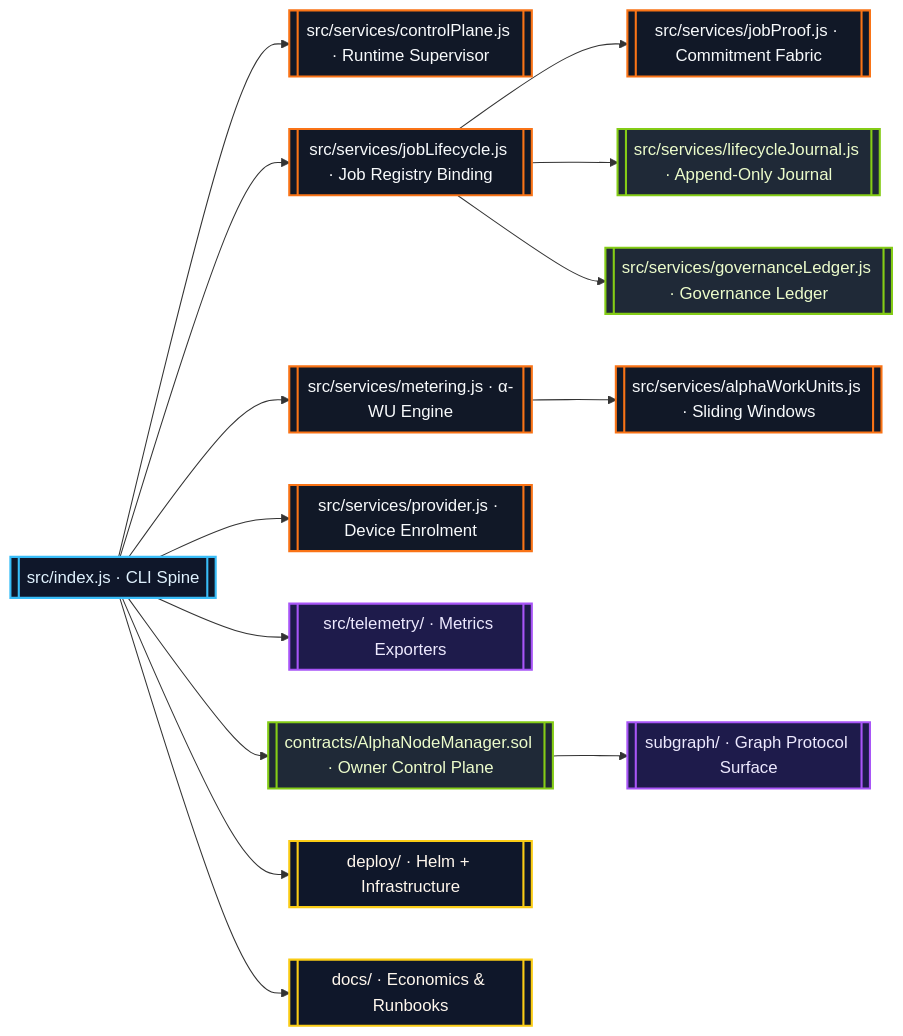
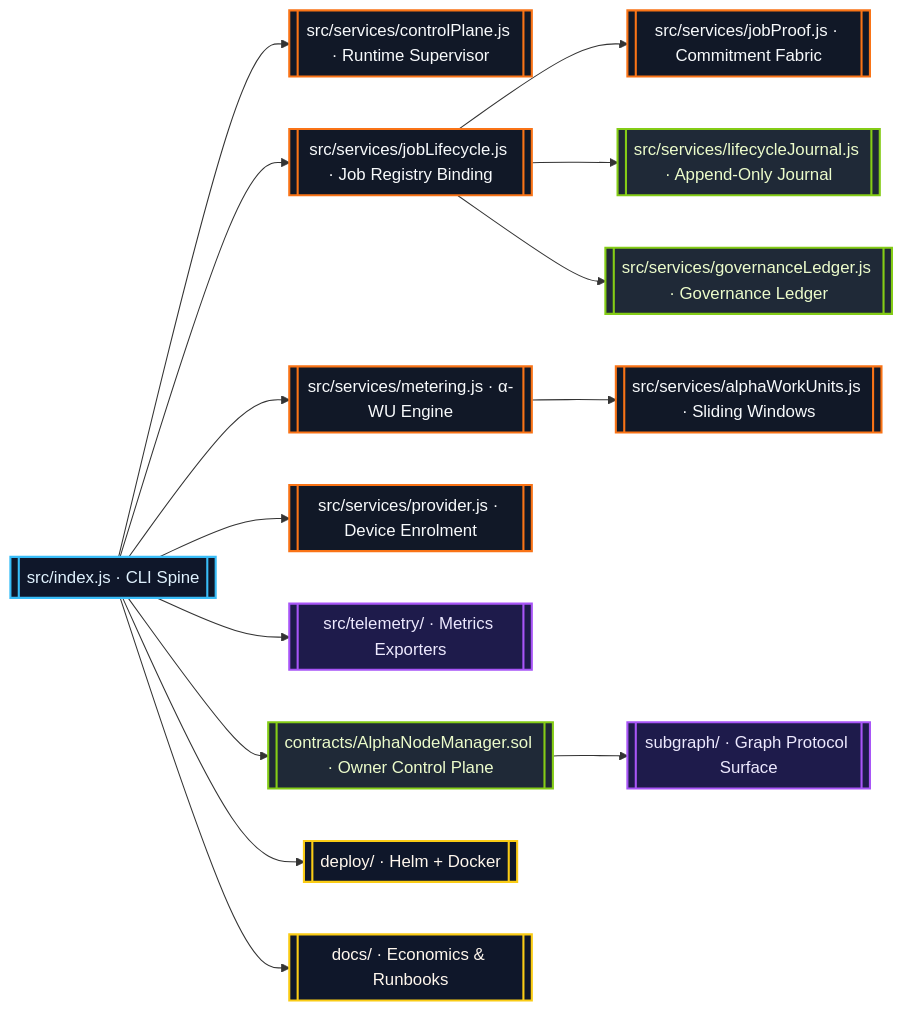
Before and after one commit to MontrealAI/AGI-Alpha-Node-v0: the first of 2 diagrams in README.md, drawn with Mermaid. The commit also changed other lines of this file and 3 other files, not shown here.

````diff
--- a/README.md
+++ b/README.md
@@ -74,22 +73,22 @@
 ```mermaid
 flowchart LR
   classDef runtime fill:#0f172a,stroke:#38bdf8,stroke-width:2px,color:#e0f2fe;
   classDef service fill:#111827,stroke:#f97316,stroke-width:2px,color:#f8fafc;
   classDef ledger fill:#1f2937,stroke:#84cc16,stroke-width:2px,color:#ecfccb;
   classDef telemetry fill:#1e1b4b,stroke:#a855f7,stroke-width:2px,color:#ede9fe;
   classDef ops fill:#0f172a,stroke:#facc15,stroke-width:2px,color:#fff7ed;
 
   Runtime[[src/index.js · CLI Spine]]:::runtime --> ControlPlane[[src/services/controlPlane.js · Runtime Supervisor]]:::service
   Runtime --> Lifecycle[[src/services/jobLifecycle.js · Job Registry Binding]]:::service
   Runtime --> Metering[[src/services/metering.js · α-WU Engine]]:::service
   Runtime --> Provider[[src/services/provider.js · Device Enrolment]]:::service
   Runtime --> Telemetry[[src/telemetry/ · Metrics Exporters]]:::telemetry
   Lifecycle --> Proofs[[src/services/jobProof.js · Commitment Fabric]]:::service
   Lifecycle --> Journal[[src/services/lifecycleJournal.js · Append-Only Journal]]:::ledger
   Lifecycle --> GovLedger[[src/services/governanceLedger.js · Governance Ledger]]:::ledger
   Metering --> AlphaRegistry[[src/services/alphaWorkUnits.js · Sliding Windows]]:::service
   Runtime --> Contracts[[contracts/AlphaNodeManager.sol · Owner Control Plane]]:::ledger
   Contracts --> Subgraph[[subgraph/ · Graph Protocol Surface]]:::telemetry
-  Runtime --> Deploy[[deploy/ · Helm + Infrastructure]]:::ops
+  Runtime --> Deploy[[deploy/ · Helm + Docker]]:::ops
   Runtime --> Docs[[docs/ · Economics & Runbooks]]:::ops
 ```
````
